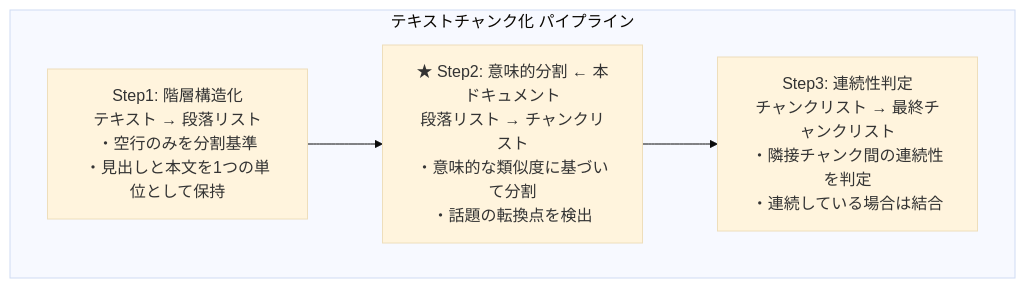
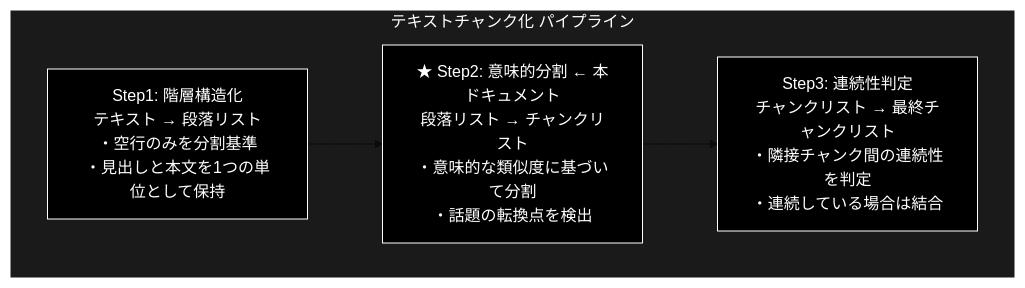
Before and after one commit to nakashima2toshio/ollama_grace_agent_v2: the second of 5 diagrams in chunking/doc/step2.md, drawn with Mermaid (base theme). The commit also changed other lines of this file and 13 other files, not shown here.

````diff
--- a/chunking/doc/step2.md
+++ b/chunking/doc/step2.md
@@ -120,13 +127,17 @@
 ```mermaid
 flowchart TB
     subgraph PIPELINE["テキストチャンク化 パイプライン"]
         STEP1["Step1: 階層構造化<br/>テキスト → 段落リスト<br/>・空行のみを分割基準<br/>・見出しと本文を1つの単位として保持"]
 
         STEP2["★ Step2: 意味的分割 ← 本ドキュメント<br/>段落リスト → チャンクリスト<br/>・意味的な類似度に基づいて分割<br/>・話題の転換点を検出"]
 
         STEP3["Step3: 連続性判定<br/>チャンクリスト → 最終チャンクリスト<br/>・隣接チャンク間の連続性を判定<br/>・連続している場合は結合"]
 
         STEP1 --> STEP2
         STEP2 --> STEP3
     end
+classDef default fill:#000,stroke:#fff,color:#fff
+classDef subgraphStyle fill:#1a1a1a,stroke:#fff,color:#fff
+class STEP1,STEP2,STEP3 default
+style PIPELINE fill:#1a1a1a,stroke:#fff,color:#fff
 ```
````
